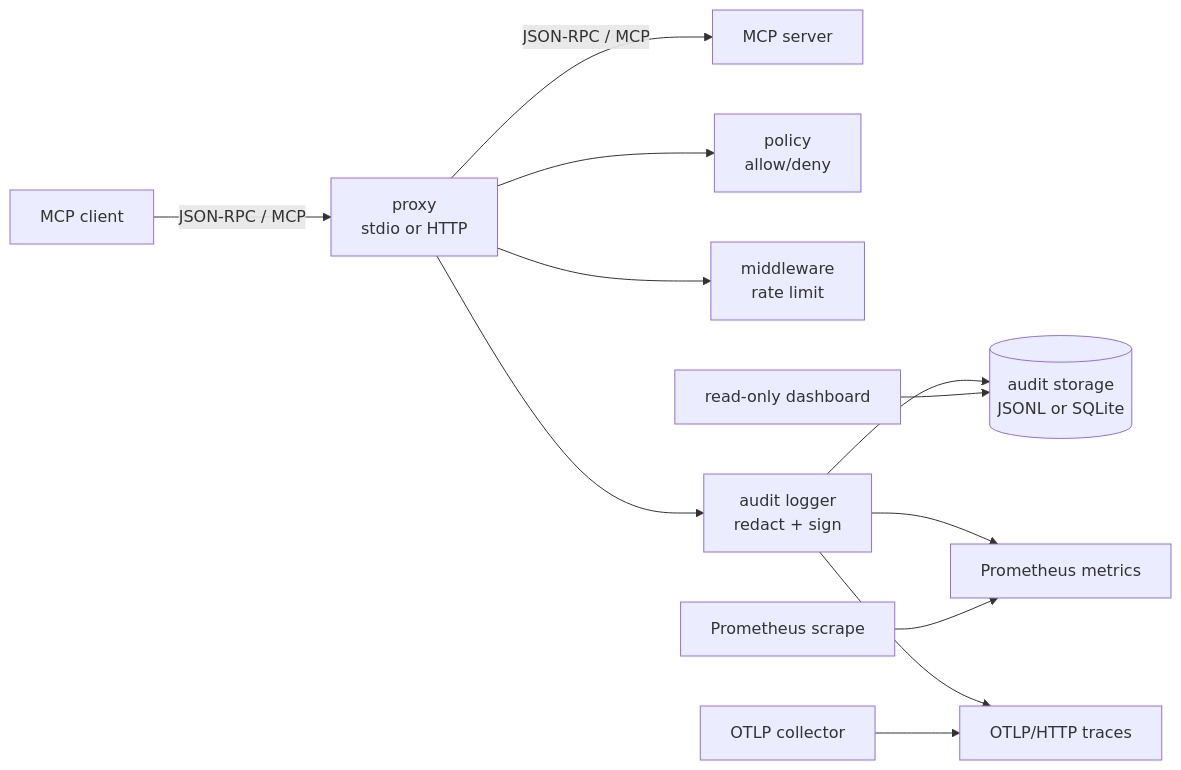
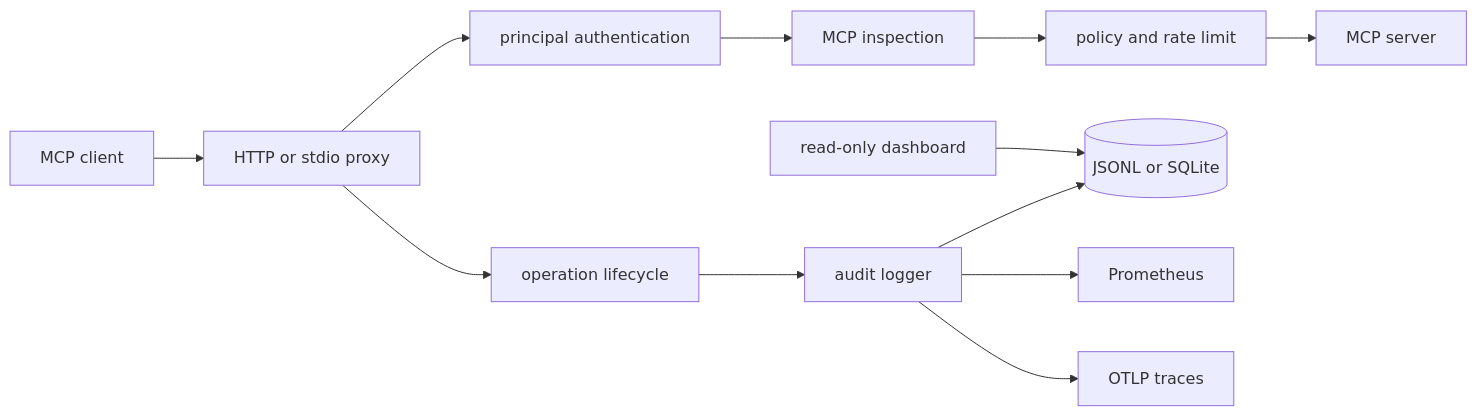
One commit to P4ST4S/mcp-audit changed the diagram in ARCHITECTURE.md. Above: the diagram before and after it, drawn with Mermaid. The commit also changed other lines of this file and 6 other files, not shown here.

````diff
--- a/ARCHITECTURE.md
+++ b/ARCHITECTURE.md
@@ -21,17 +13,16 @@
 ```mermaid
 flowchart LR
-    Client[MCP client] -->|JSON-RPC / MCP| Proxy[proxy<br/>stdio or HTTP]
-    Proxy -->|JSON-RPC / MCP| Upstream[MCP server]
+    Client[MCP client] --> Proxy[HTTP or stdio proxy]
+    Proxy --> Auth[principal authentication]
+    Auth --> Inspect[MCP inspection]
+    Inspect --> Policy[policy and rate limit]
+    Policy --> Upstream[MCP server]
 
-    Proxy --> Policy[policy<br/>allow/deny]
-    Proxy --> Limit[middleware<br/>rate limit]
-    Proxy --> Audit[audit logger<br/>redact + sign]
-
-    Audit --> Store[(audit storage<br/>JSONL or SQLite)]
-    Audit --> Metrics[Prometheus metrics]
-    Audit --> OTel[OTLP/HTTP traces]
+    Proxy --> Lifecycle[operation lifecycle]
+    Lifecycle --> Audit[audit logger]
+    Audit --> Store[(JSONL or SQLite)]
+    Audit --> Metrics[Prometheus]
+    Audit --> OTel[OTLP traces]
 
     Dashboard[read-only dashboard] --> Store
-    Ops[Prometheus scrape] --> Metrics
-    Collector[OTLP collector] --> OTel
 ```
````
